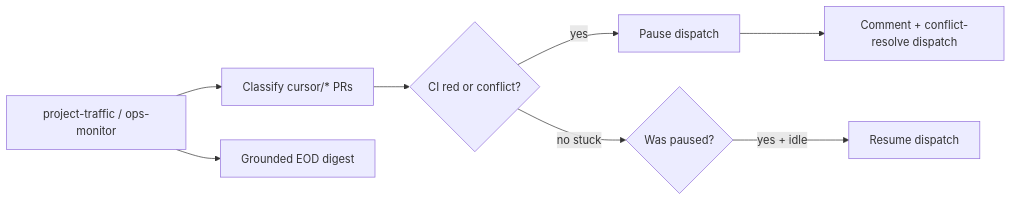
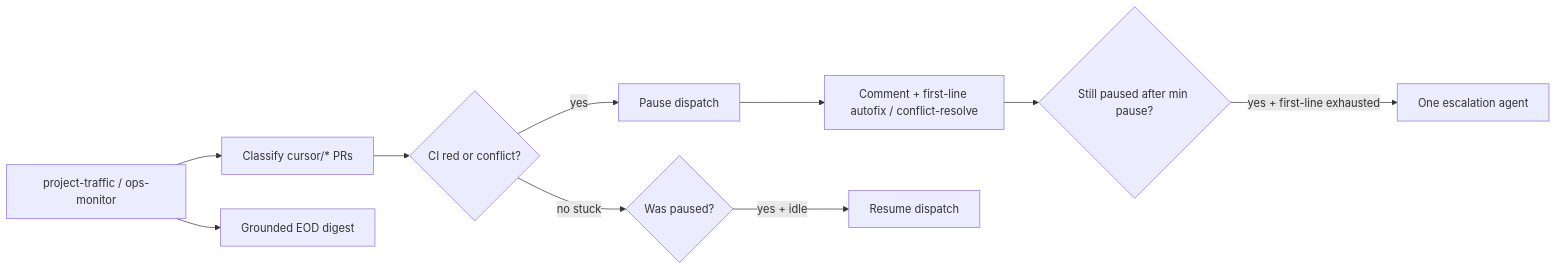
Before and after one commit to jamiefuller320/value_investor: the diagram in docs/ops/project-traffic.md, drawn with Mermaid. The commit also changed other lines of this file and 12 other files, not shown here.

First line of the commit message:
feat(ops): escalate stuck eng PRs after first-line unstick is exhausted

````diff
--- a/docs/ops/project-traffic.md
+++ b/docs/ops/project-traffic.md
@@ -30,10 +32,12 @@
 ```mermaid
 flowchart LR
   A[project-traffic / ops-monitor] --> B[Classify cursor/* PRs]
   B --> C{CI red or conflict?}
   C -->|yes| D[Pause dispatch]
-  D --> E[Comment + conflict-resolve dispatch]
+  D --> E[Comment + first-line autofix / conflict-resolve]
+  E --> E2{Still paused after min pause?}
+  E2 -->|yes + first-line exhausted| E3[One escalation agent]
   C -->|no stuck| F{Was paused?}
   F -->|yes + idle| G[Resume dispatch]
   A --> H[Grounded EOD digest]
 ```
````
